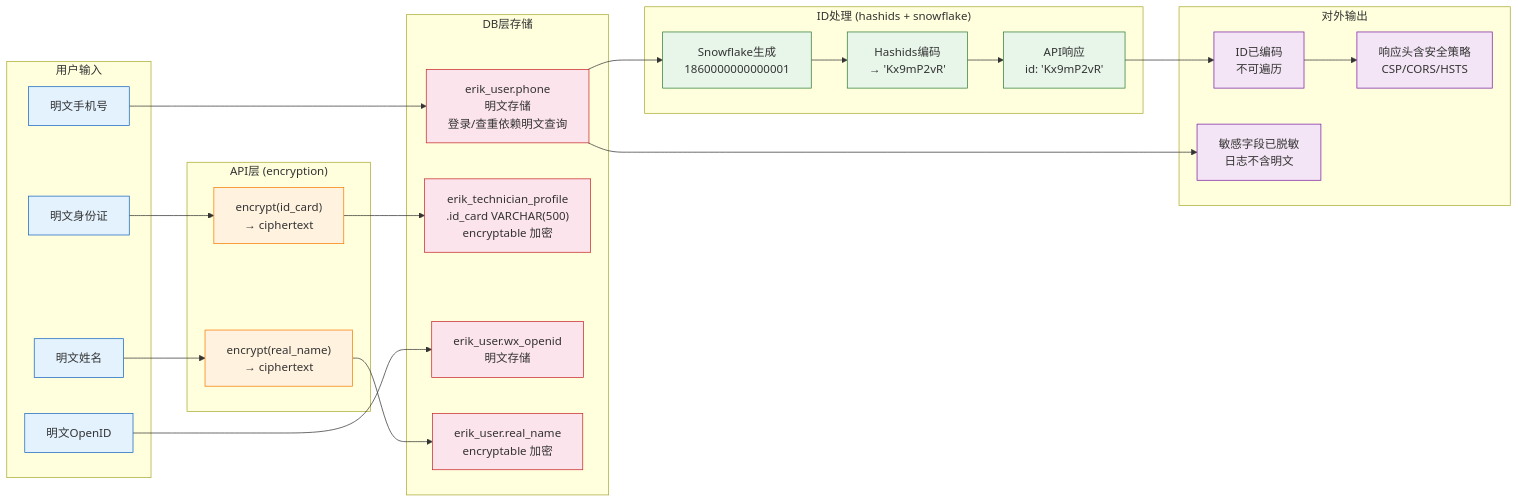
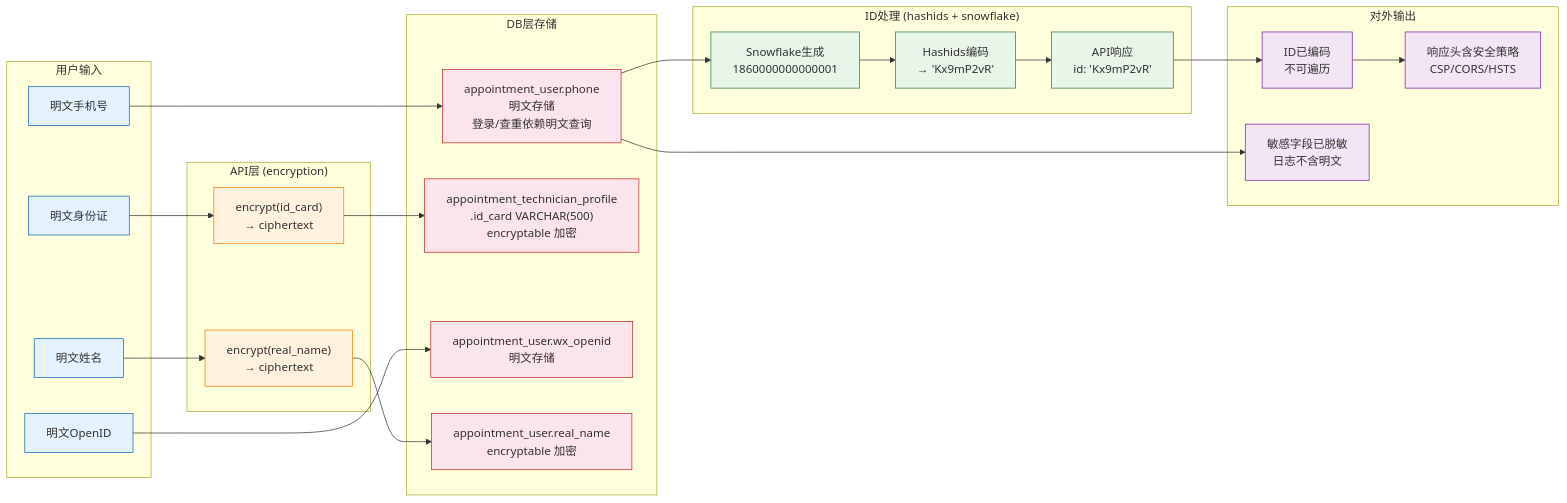
Before and after one commit to erikwang2013/appointment-php: the fourth of 4 diagrams in docs/diagrams/SECURITY-ARCHITECTURE.md, drawn with Mermaid. The commit also changed 363 other files, not shown here.

````diff
--- a/docs/diagrams/SECURITY-ARCHITECTURE.md
+++ b/docs/diagrams/SECURITY-ARCHITECTURE.md
@@ -177,54 +177,54 @@
 ```mermaid
 flowchart LR
     subgraph 输入["用户输入"]
         I1["明文手机号"]
         I2["明文身份证"]
         I3["明文OpenID"]
         I4["明文姓名"]
     end
 
     subgraph API加密["API层 (encryption)"]
         E1["encrypt(id_card)<br/>→ ciphertext"]
         E2["encrypt(real_name)<br/>→ ciphertext"]
     end
 
     subgraph DB存储["DB层存储"]
-        D1["erik_user.phone<br/>明文存储<br/>登录/查重依赖明文查询"]
-        D2["erik_technician_profile<br/>.id_card VARCHAR(500)<br/>encryptable 加密"]
-        D3["erik_user.wx_openid<br/>明文存储"]
-        D4["erik_user.real_name<br/>encryptable 加密"]
+        D1["appointment_user.phone<br/>明文存储<br/>登录/查重依赖明文查询"]
+        D2["appointment_technician_profile<br/>.id_card VARCHAR(500)<br/>encryptable 加密"]
+        D3["appointment_user.wx_openid<br/>明文存储"]
+        D4["appointment_user.real_name<br/>encryptable 加密"]
     end
 
     subgraph ID处理["ID处理 (hashids + snowflake)"]
         H1["Snowflake生成<br/>1860000000000001"]
         H2["Hashids编码<br/>→ 'Kx9mP2vR'"]
         H3["API响应<br/>id: 'Kx9mP2vR'"]
     end
 
     subgraph 输出["对外输出"]
         O1["ID已编码<br/>不可遍历"]
         O2["敏感字段已脱敏<br/>日志不含明文"]
         O3["响应头含安全策略<br/>CSP/CORS/HSTS"]
     end
 
     I1 --> D1
     I2 --> E1 --> D2
     I3 --> D3
     I4 --> E2 --> D4
     D1 --> H1 --> H2 --> H3
     H3 --> O1
     D1 --> O2
     O1 --> O3
 
     classDef input fill:#e3f2fd,stroke:#1565c0,color:#333
     classDef encrypt fill:#fff3e0,stroke:#f57c00,color:#333
     classDef db fill:#fce4ec,stroke:#c62828,color:#333
     classDef id fill:#e8f5e9,stroke:#2e7d32,color:#333
     classDef output fill:#f3e5f5,stroke:#7b1fa2,color:#333
 
     class I1,I2,I3,I4 input
     class E1,E2 encrypt
     class D1,D2,D3,D4 db
     class H1,H2,H3 id
     class O1,O2,O3 output
 ```
````
